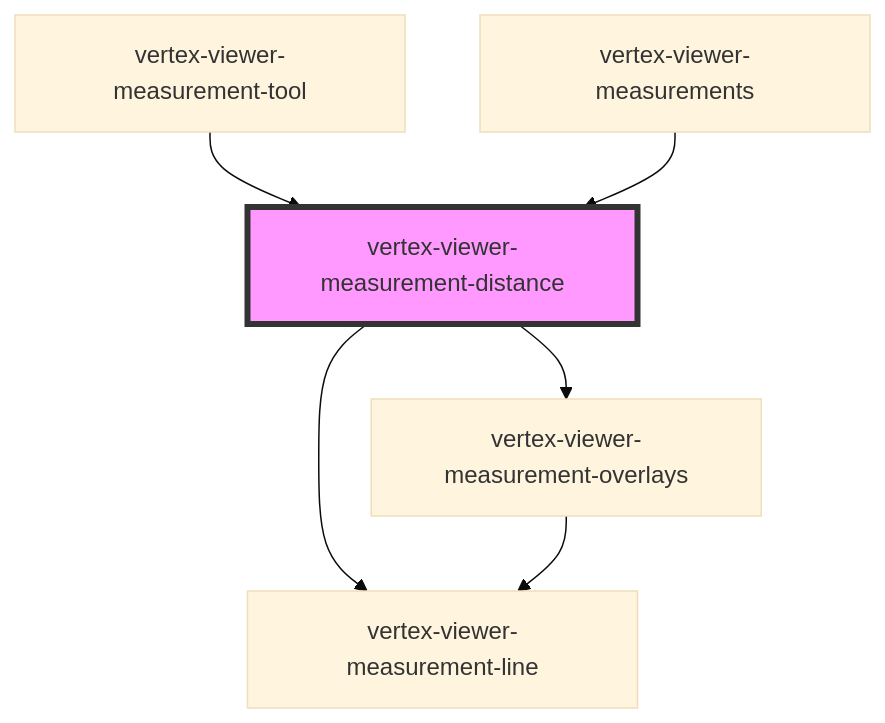
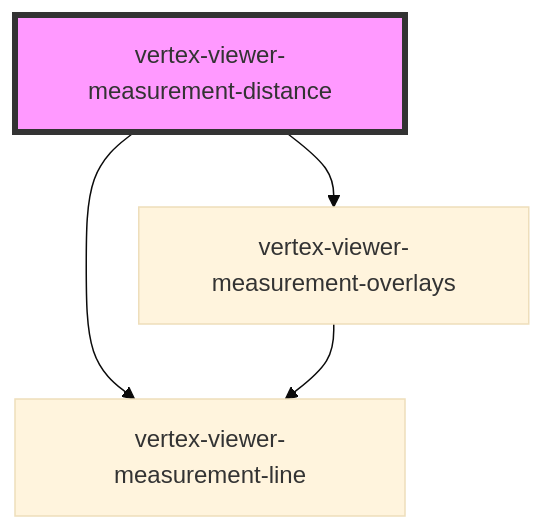
Before and after one commit to Vertexvis/vertex-web-sdk: the diagram in packages/viewer/src/components/viewer-measurement-distance/readme.md, drawn with Mermaid (base theme). The commit also changed other lines of this file and 12 other files, not shown here.

````diff
--- a/packages/viewer/src/components/viewer-measurement-distance/readme.md
+++ b/packages/viewer/src/components/viewer-measurement-distance/readme.md
@@ -244,9 +239,7 @@
 ```mermaid
 graph TD;
   vertex-viewer-measurement-distance --> vertex-viewer-measurement-overlays
   vertex-viewer-measurement-distance --> vertex-viewer-measurement-line
   vertex-viewer-measurement-overlays --> vertex-viewer-measurement-line
-  vertex-viewer-measurement-tool --> vertex-viewer-measurement-distance
-  vertex-viewer-measurements --> vertex-viewer-measurement-distance
   style vertex-viewer-measurement-distance fill:#f9f,stroke:#333,stroke-width:4px
 ```
````
